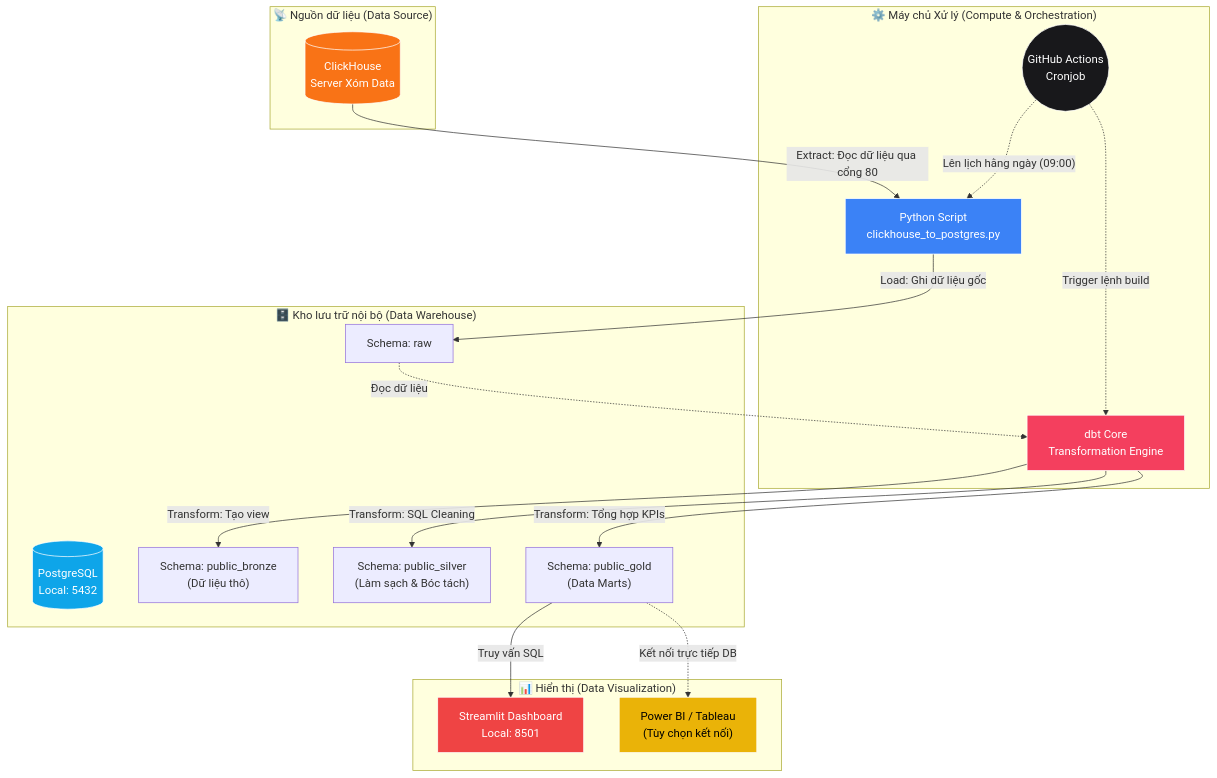
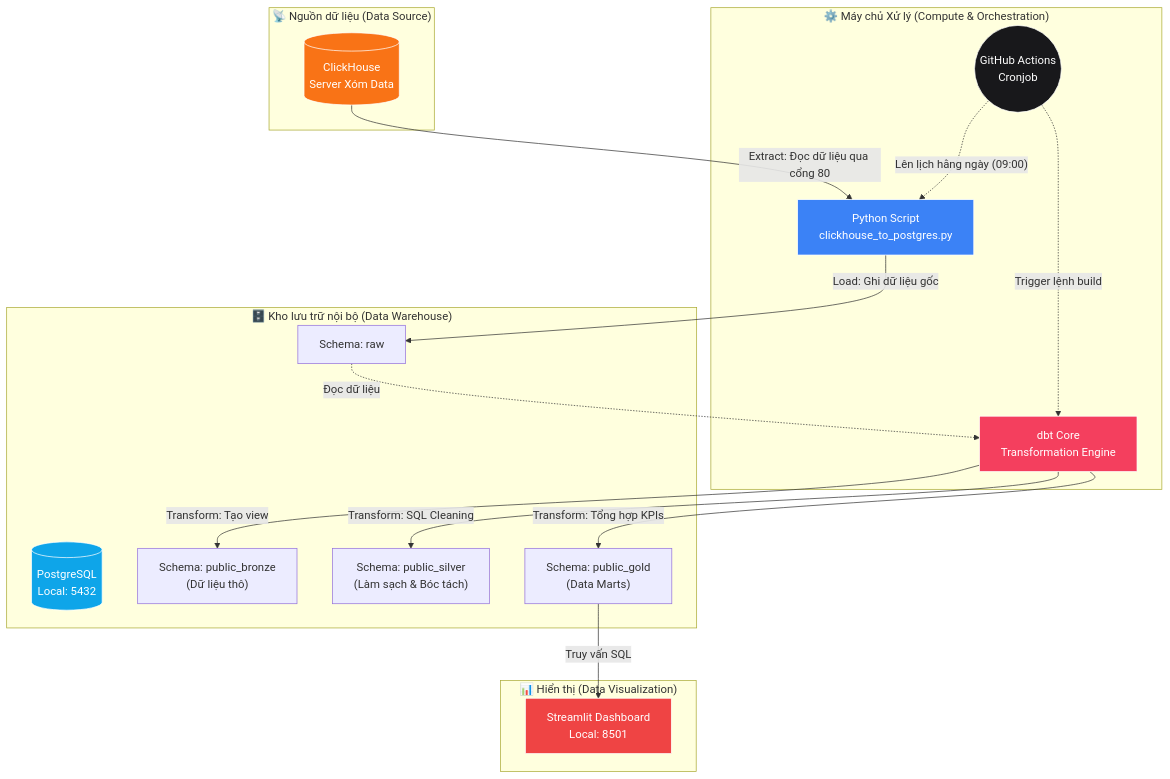
One commit to PhucTruong11/laplaptech_pipeline changed the first of 4 diagrams in README.md. Above: the diagram before and after it, drawn with Mermaid. The commit also changed other lines of this file and 1 other file, not shown here.

Commit message:
Fix flowchart

````diff
--- a/README.md
+++ b/README.md
@@ -11,47 +11,44 @@
 ```mermaid
 flowchart TD
     %% Định nghĩa các hệ thống
     subgraph Source ["📡 Nguồn dữ liệu (Data Source)"]
         CH[("ClickHouse<br>Server Xóm Data")]
     end
 
     subgraph Compute ["⚙️ Máy chủ Xử lý (Compute & Orchestration)"]
         PY["Python Script<br>clickhouse_to_postgres.py"]
         DBT["dbt Core<br>Transformation Engine"]
         GHA(("GitHub Actions<br>Cronjob"))
     end
 
     subgraph Storage ["🗄️ Kho lưu trữ nội bộ (Data Warehouse)"]
         PG[("PostgreSQL<br>Local: 5432")]
         RAW["Schema: raw"]
         BRONZE["Schema: public_bronze<br>(Dữ liệu thô)"]
         SILVER["Schema: public_silver<br>(Làm sạch & Bóc tách)"]
         GOLD["Schema: public_gold<br>(Data Marts)"]
     end
 
     subgraph Presentation ["📊 Hiển thị (Data Visualization)"]
         ST["Streamlit Dashboard<br>Local: 8501"]
-        PBI["Power BI / Tableau<br>(Tùy chọn kết nối)"]
     end
 
     %% Mũi tên luồng dữ liệu
     CH -- "Extract: Đọc dữ liệu qua cổng 80" --> PY
     PY -- "Load: Ghi dữ liệu gốc" --> RAW
     RAW -. "Đọc dữ liệu" .-> DBT
     DBT -- "Transform: Tạo view" --> BRONZE
     DBT -- "Transform: SQL Cleaning" --> SILVER
     DBT -- "Transform: Tổng hợp KPIs" --> GOLD
     GOLD -- "Truy vấn SQL" --> ST
-    GOLD -. "Kết nối trực tiếp DB" .-> PBI
     GHA -. "Lên lịch hằng ngày (09:00)" .-> PY
     GHA -. "Trigger lệnh build" .-> DBT
 
     %% Đổ màu cho sơ đồ đẹp hơn
     style CH fill:#f97316,stroke:#fff,color:#fff
     style PY fill:#3b82f6,stroke:#fff,color:#fff
     style PG fill:#0ea5e9,stroke:#fff,color:#fff
     style DBT fill:#f43f5e,stroke:#fff,color:#fff
     style ST fill:#ef4444,stroke:#fff,color:#fff
-    style PBI fill:#eab308,stroke:#fff,color:#000
     style GHA fill:#18181b,stroke:#fff,color:#fff
 ```
````
